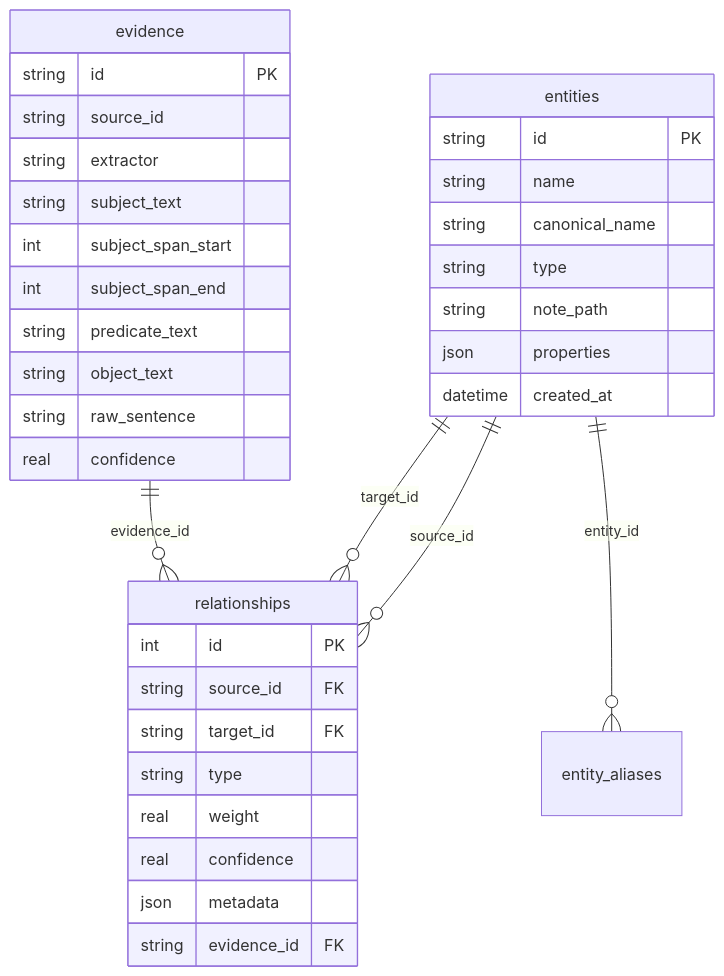
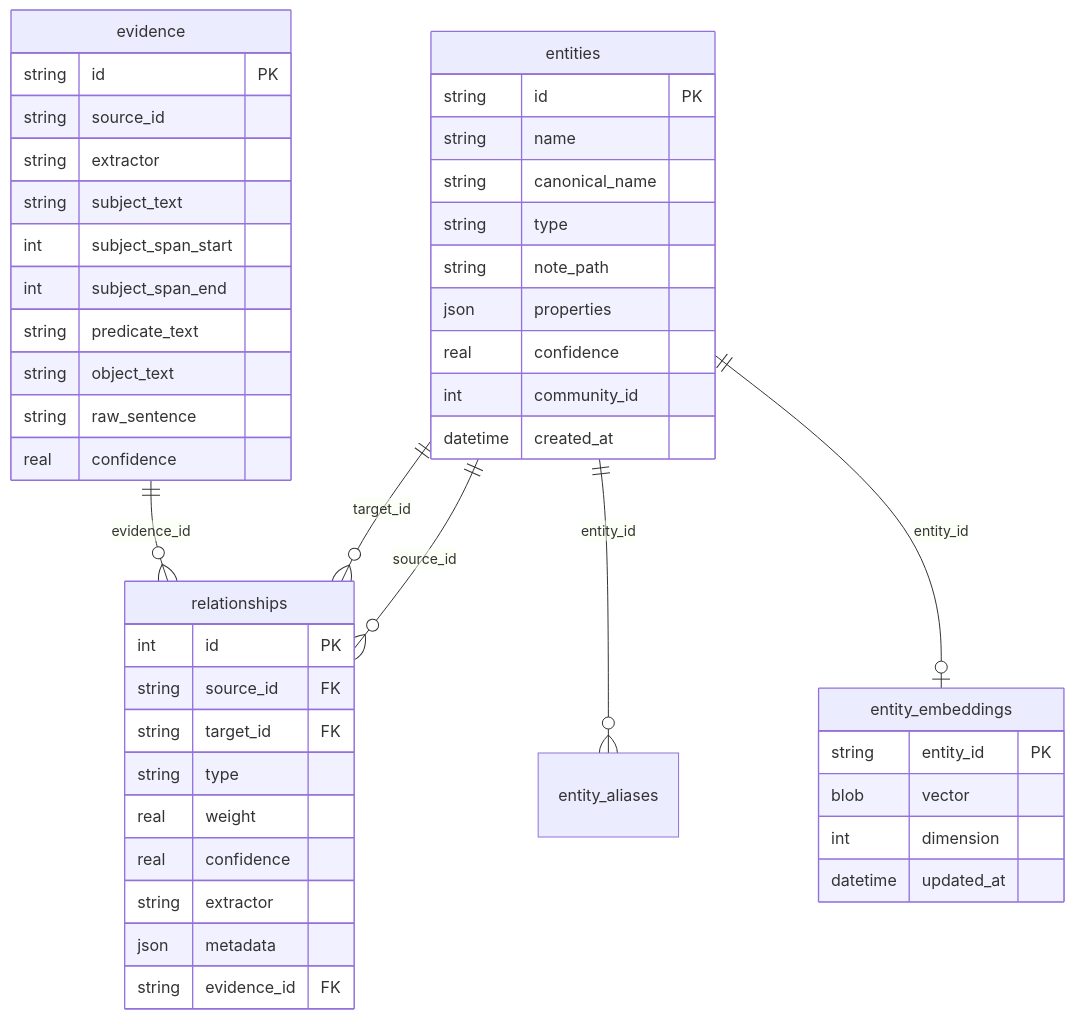
The third of 3 diagrams in docs/ai/knowledge-graph.md (TheNotelyApp/Notely), drawn with Mermaid before and after one commit. The commit also changed other lines of this file and 1 other file, not shown here.

First line of the commit message:
chore(graph): clean up edge type consolidation and sync VitePress docs

````diff
--- a/docs/ai/knowledge-graph.md
+++ b/docs/ai/knowledge-graph.md
@@ -131,41 +104,52 @@
 ```mermaid
 erDiagram
     entities ||--o{ relationships : "source_id"
     entities ||--o{ relationships : "target_id"
     entities ||--o{ entity_aliases : "entity_id"
+    entities ||--o| entity_embeddings : "entity_id"
     evidence ||--o{ relationships : "evidence_id"
     
     entities {
         string id PK
         string name
         string canonical_name
         string type
         string note_path
         json properties
+        real confidence
+        int community_id
         datetime created_at
     }
     
     relationships {
         int id PK
         string source_id FK
         string target_id FK
         string type
         real weight
         real confidence
+        string extractor
         json metadata
         string evidence_id FK
+    }
+    
+    entity_embeddings {
+        string entity_id PK
+        blob vector
+        int dimension
+        datetime updated_at
     }
     
     evidence {
         string id PK
         string source_id
         string extractor
         string subject_text
         int subject_span_start
         int subject_span_end
         string predicate_text
         string object_text
         string raw_sentence
         real confidence
     }
 ```
````
